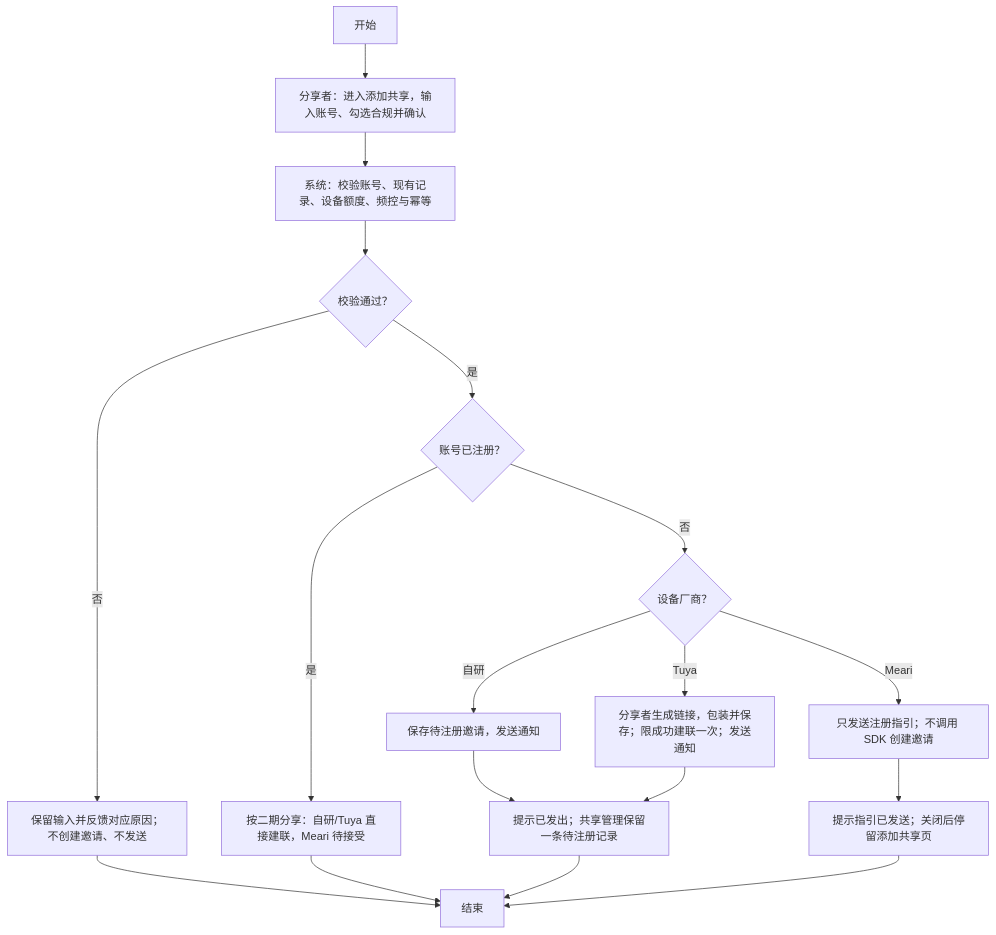
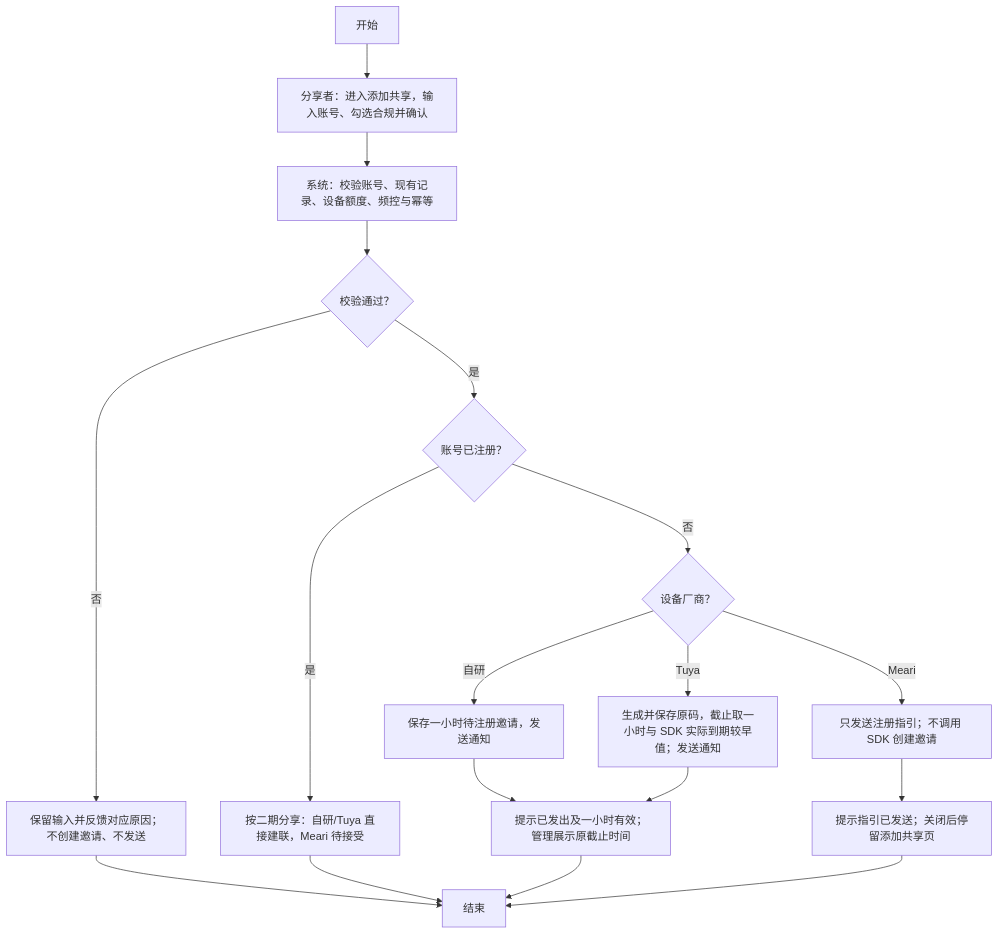
Before and after one commit to HawZZ/root-interactivable-prototype: the second of 4 diagrams in prototypes/device-sharing-phase-3/prd.md, drawn with Mermaid. The commit also changed other lines of this file and 5 other files, not shown here.

````diff
--- a/prototypes/device-sharing-phase-3/prd.md
+++ b/prototypes/device-sharing-phase-3/prd.md
@@ -72,16 +72,16 @@
 ```mermaid
 flowchart TD
   A["开始"] --> B["分享者：进入添加共享，输入账号、勾选合规并确认"]
   B --> C["系统：校验账号、现有记录、设备额度、频控与幂等"]
   C --> D{"校验通过？"}
   D -- "否" --> E["保留输入并反馈对应原因；不创建邀请、不发送"] --> Z["结束"]
   D -- "是" --> F{"账号已注册？"}
   F -- "是" --> G["按二期分享：自研/Tuya 直接建联，Meari 待接受"] --> Z
   F -- "否" --> H{"设备厂商？"}
-  H -- "自研" --> I["保存待注册邀请，发送通知"]
-  H -- "Tuya" --> J["分享者生成链接，包装并保存；限成功建联一次；发送通知"]
+  H -- "自研" --> I["保存一小时待注册邀请，发送通知"]
+  H -- "Tuya" --> J["生成并保存原码，截止取一小时与 SDK 实际到期较早值；发送通知"]
   H -- "Meari" --> K["只发送注册指引；不调用 SDK 创建邀请"]
-  I --> L["提示已发出；共享管理保留一条待注册记录"] --> Z
+  I --> L["提示已发出及一小时有效；管理展示原截止时间"] --> Z
   J --> L
   K --> M["提示指引已发送；关闭后停留添加共享页"] --> Z
 ```
````
